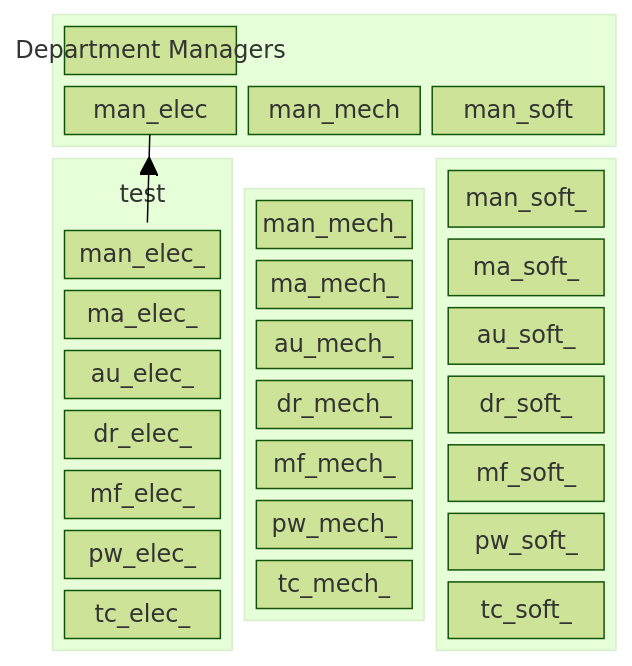
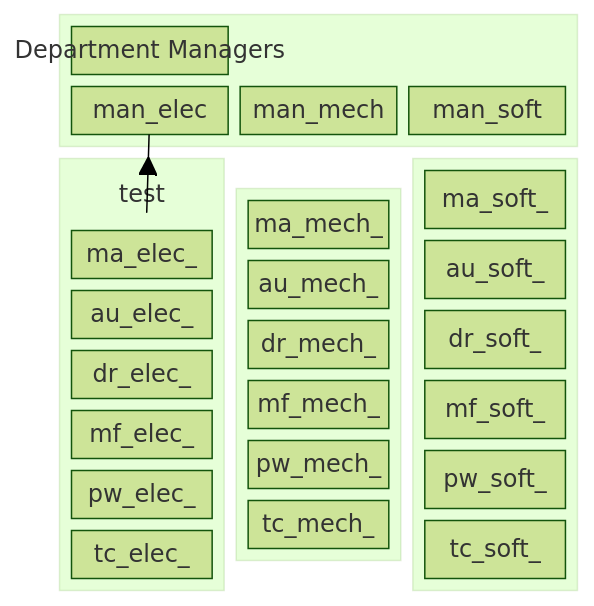
One commit to FooGiGo-Org/.github changed the diagram in README.md. Above: the diagram before and after it, drawn with Mermaid (forest theme).

Commit message:
Clean up obsolete entries in README
Removed obsolete entries from the README file.

````diff
--- a/README.md
+++ b/README.md
@@ -1,48 +1,45 @@
 ```mermaid
 ---
 title: SCRB Matrix Organization
 ---
 block
     columns 3
     block:test:3
         columns 3
         man["Department Managers"]:3
         man_elec man_mech man_soft
     end
     block:meme:1
         columns 1
         uct("test")
-        man_elec_
         ma_elec_
         au_elec_
         dr_elec_
         mf_elec_
         pw_elec_
         tc_elec_
     end
     block:memm:1
         columns 1
         uct("test")
-        man_mech_
         ma_mech_
         au_mech_
         dr_mech_
         mf_mech_
         pw_mech_
         tc_mech_
     end
     block:mems:1
         columns 1
         uct("test")
-        man_soft_
         ma_soft_
         au_soft_
         dr_soft_
         mf_soft_
         pw_soft_
         tc_soft_
     end
     man_elec --> meme
 class uct BT
 classDef BT stroke:transparent,fill:transparent
 ```
````
